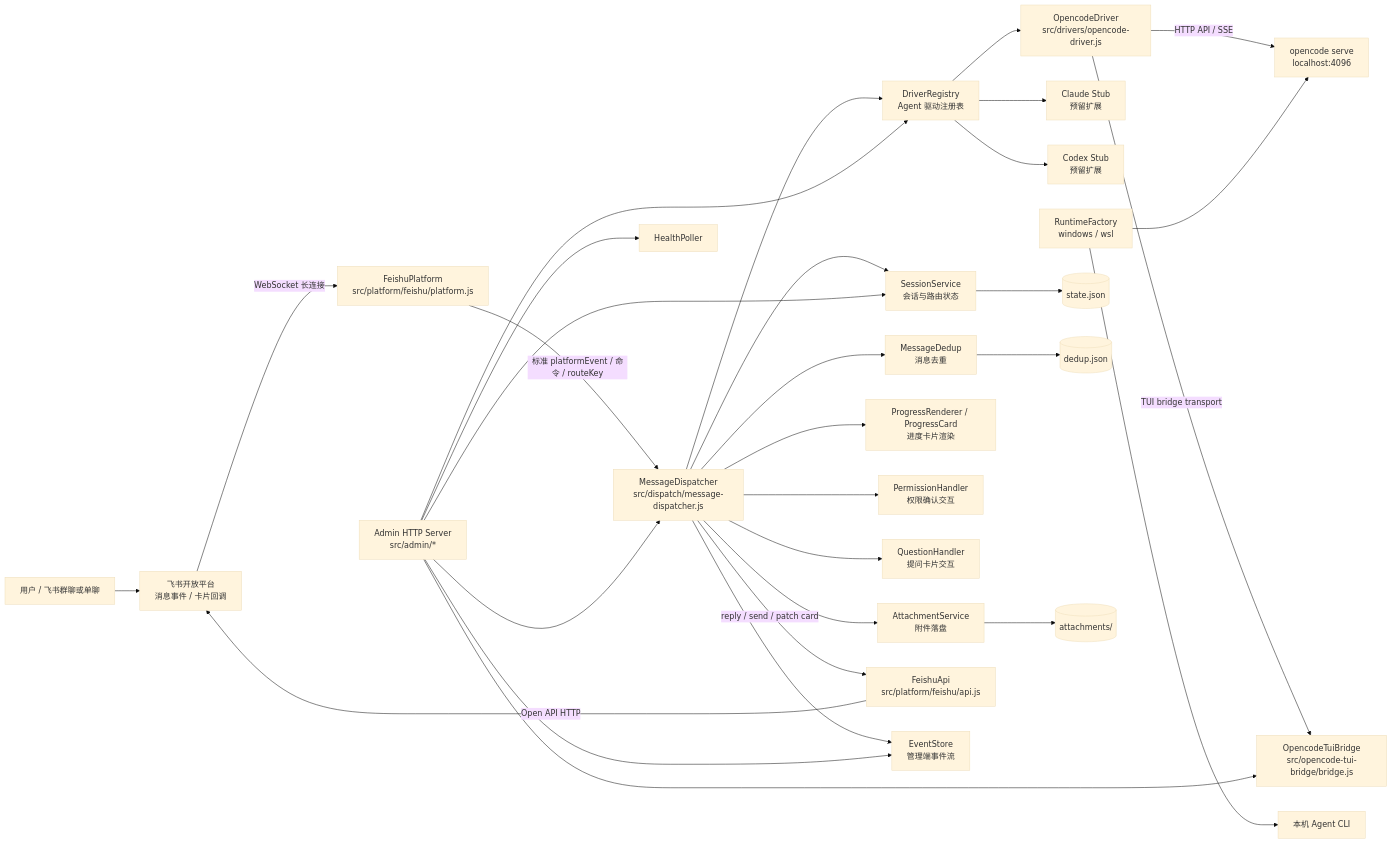
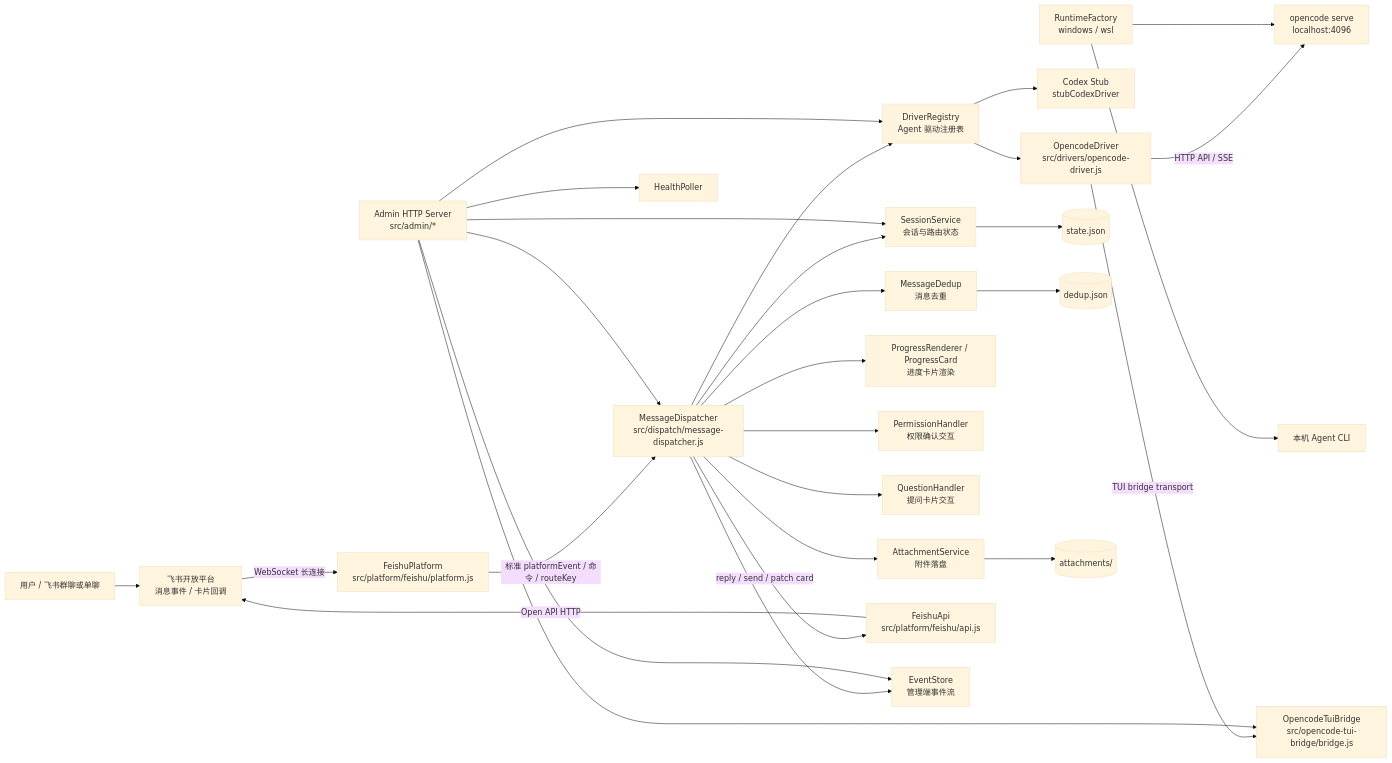
Before and after one commit to xiqin/walker: the first of 6 diagrams in README.md, drawn with Mermaid (base theme). The commit also changed other lines of this file and 105 other files, not shown here.

````diff
--- a/README.md
+++ b/README.md
@@ -373,40 +375,39 @@
 ```mermaid
 flowchart LR
   User[用户 / 飞书群聊或单聊] --> Feishu[飞书开放平台<br/>消息事件 / 卡片回调]
   Feishu -->|WebSocket 长连接| Platform[FeishuPlatform<br/>src/platform/feishu/platform.js]
 
   Platform -->|标准 platformEvent / 命令 / routeKey| Dispatcher[MessageDispatcher<br/>src/dispatch/message-dispatcher.js]
 
   Dispatcher --> Dedup[MessageDedup<br/>消息去重]
   Dispatcher --> Session[SessionService<br/>会话与路由状态]
   Dispatcher --> Registry[DriverRegistry<br/>Agent 驱动注册表]
   Dispatcher --> Progress[ProgressRenderer / ProgressCard<br/>进度卡片渲染]
   Dispatcher --> Permission[PermissionHandler<br/>权限确认交互]
   Dispatcher --> Question[QuestionHandler<br/>提问卡片交互]
   Dispatcher --> Attachments[AttachmentService<br/>附件落盘]
 
   Registry --> OpenCodeDriver[OpencodeDriver<br/>src/drivers/opencode-driver.js]
-  Registry --> ClaudeStub[Claude Stub<br/>预留扩展]
-  Registry --> CodexStub[Codex Stub<br/>预留扩展]
+  Registry --> CodexStub[Codex Stub<br/>stubCodexDriver]
 
   OpenCodeDriver -->|HTTP API / SSE| OpenCodeServe[opencode serve<br/>localhost:4096]
   OpenCodeDriver -->|TUI bridge transport| TuiBridge[OpencodeTuiBridge<br/>src/opencode-tui-bridge/bridge.js]
 
   Runtime[RuntimeFactory<br/>windows / wsl] --> OpenCodeServe
   Runtime --> AgentCLI[本机 Agent CLI]
 
   Dispatcher -->|reply / send / patch card| FeishuApi[FeishuApi<br/>src/platform/feishu/api.js]
   FeishuApi -->|Open API HTTP| Feishu
 
   Session --> State[(state.json)]
   Dedup --> DedupStore[(dedup.json)]
   Attachments --> AttachmentDir[(attachments/)]
   Dispatcher --> EventStore[EventStore<br/>管理端事件流]
 
   Admin[Admin HTTP Server<br/>src/admin/*] --> Session
   Admin --> Registry
   Admin --> EventStore
   Admin --> TuiBridge
   Admin --> Dispatcher
   Admin --> Health[HealthPoller]
 ```
````
